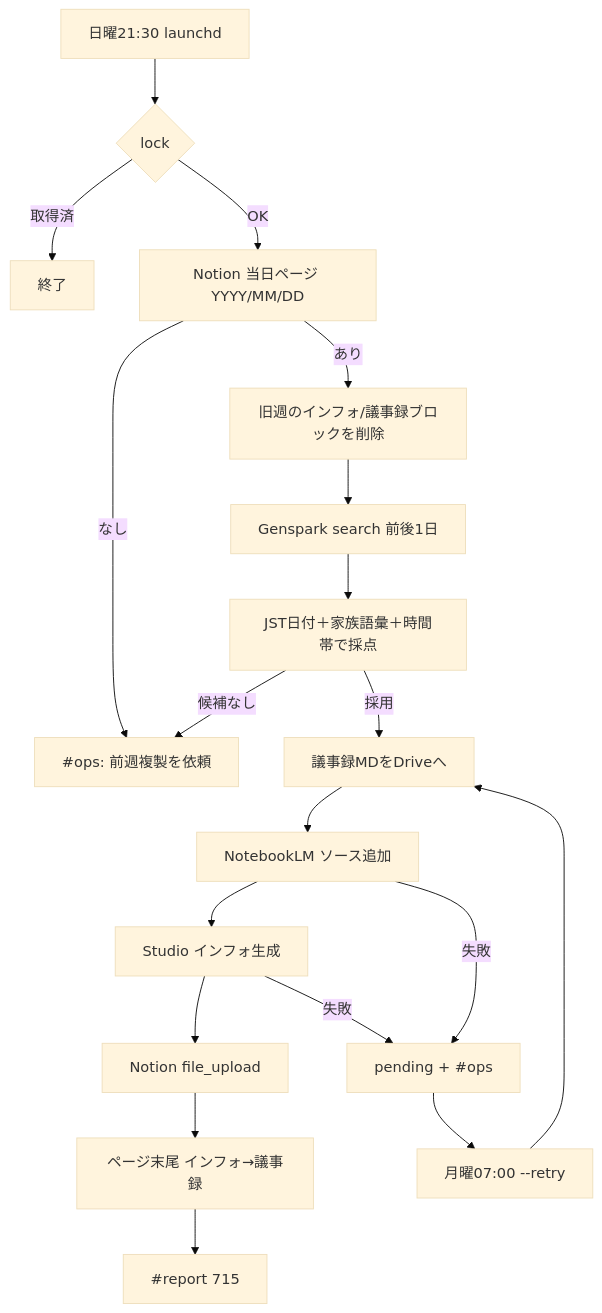
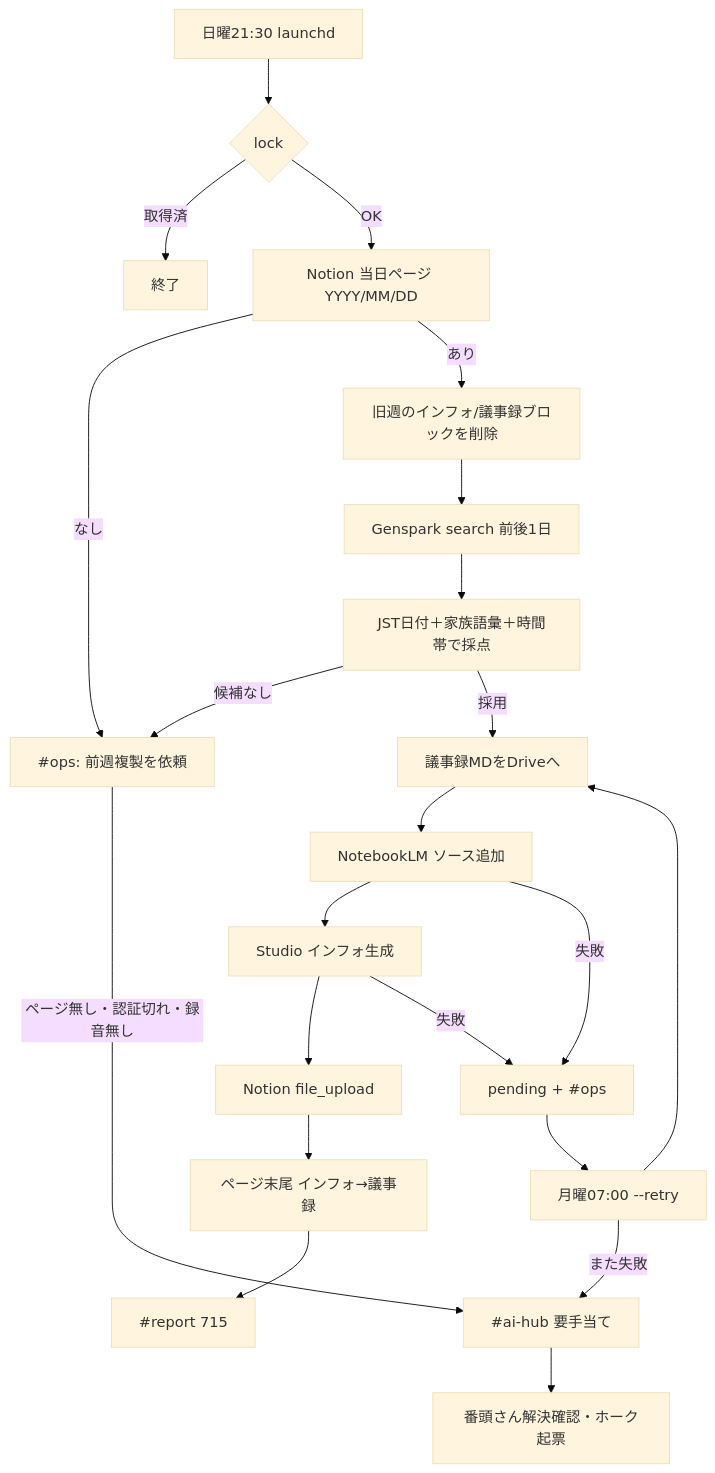
The diagram in docs/AIエージェントチーム/700_コーチング支援室/715_家族会議週次係/flow.md (m19mhrts83-cyber/project-GE), drawn with Mermaid (base theme) before and after one commit. The commit also changed other lines of this file and 5 other files, not shown here.

First line of the commit message:
715: 議事録添付の失敗を #ai-hub【要手当て】で番頭さん・ホークへ引き継ぐ

````diff
--- a/docs/AIエージェントチーム/700_コーチング支援室/715_家族会議週次係/flow.md
+++ b/docs/AIエージェントチーム/700_コーチング支援室/715_家族会議週次係/flow.md
@@ -22,21 +22,24 @@
 ```mermaid
 flowchart TD
   S[日曜21:30 launchd] --> L{lock}
   L -->|取得済| X[終了]
   L -->|OK| P[Notion 当日ページ YYYY/MM/DD]
   P -->|なし| OPS["#ops: 前週複製を依頼"]
   P -->|あり| C[旧週のインフォ/議事録ブロックを削除]
   C --> G[Genspark search 前後1日]
   G --> J[JST日付＋家族語彙＋時間帯で採点]
   J -->|候補なし| OPS
   J -->|採用| M[議事録MDをDriveへ]
   M --> N[NotebookLM ソース追加]
   N --> I[Studio インフォ生成]
   I --> U[Notion file_upload]
   U --> A[ページ末尾 インフォ→議事録]
   A --> R["#report 715"]
   N -->|失敗| RT[pending + #ops]
   I -->|失敗| RT
   RT --> RETRY[月曜07:00 --retry]
   RETRY --> M
+  OPS -->|ページ無し・認証切れ・録音無し| HUB["#ai-hub 要手当て"]
+  RETRY -->|また失敗| HUB
+  HUB --> BH[番頭さん解決確認・ホーク起票]
 ```
````
